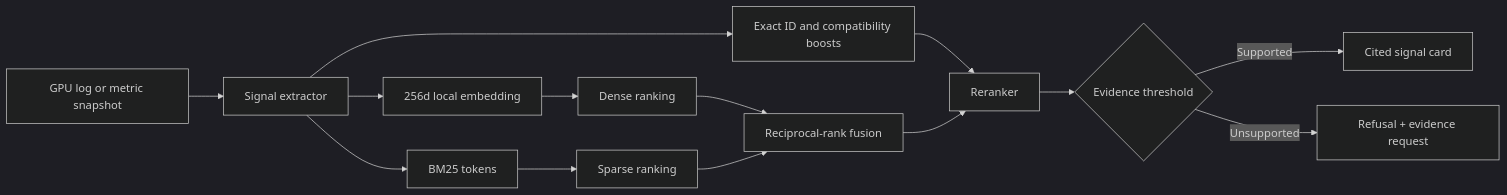
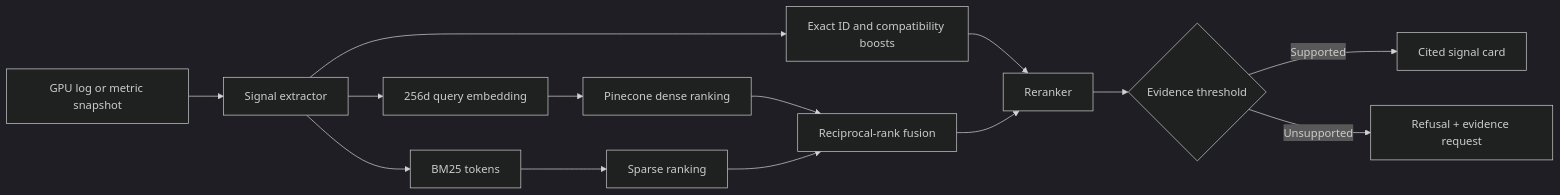
The diagram in README.md (sivalinb/gpu-signal-atlas), drawn with Mermaid (dark theme) before and after one commit. The commit also changed other lines of this file and 18 other files, not shown here.

````diff
--- a/README.md
+++ b/README.md
@@ -34,16 +35,16 @@
 ```mermaid
 flowchart LR
     A[GPU log or metric snapshot] --> B[Signal extractor]
-    B --> C[256d local embedding]
+    B --> C[256d query embedding]
     B --> D[BM25 tokens]
-    C --> E[Dense ranking]
+    C --> E[Pinecone dense ranking]
     D --> F[Sparse ranking]
     E --> G[Reciprocal-rank fusion]
     F --> G
     B --> H[Exact ID and compatibility boosts]
     H --> I[Reranker]
     G --> I
     I --> J{Evidence threshold}
     J -->|Supported| K[Cited signal card]
     J -->|Unsupported| L[Refusal + evidence request]
 ```
````
